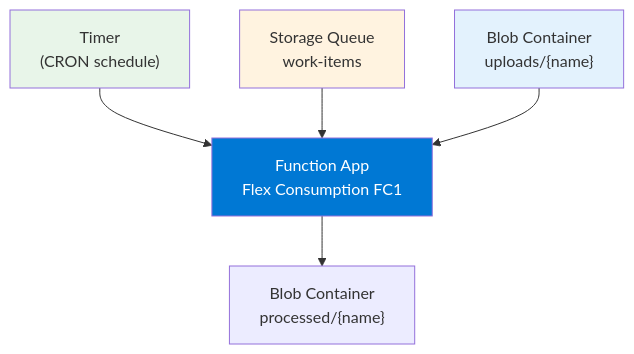
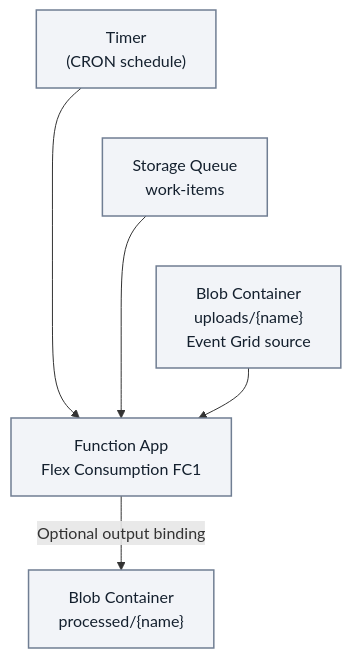
Before and after one commit to yeongseon/azure-functions-practical-guide: the first of 2 diagrams in docs/language-guides/nodejs/tutorial/flex-consumption/07-extending-triggers.md, drawn with Mermaid. The commit also changed other lines of this file and 4 other files, not shown here.

First line of the commit message:
docs(diagrams): improve Node.js extending-trigger tutorial maps (#513)

````diff
--- a/docs/language-guides/nodejs/tutorial/flex-consumption/07-extending-triggers.md
+++ b/docs/language-guides/nodejs/tutorial/flex-consumption/07-extending-triggers.md
@@ -63,12 +65,14 @@
 ```mermaid
 flowchart TD
-    TIMER["Timer\n(CRON schedule)"] --> FA[Function App\nFlex Consumption FC1]
-    QUEUE["Storage Queue\nwork-items"] --> FA
-    BLOB["Blob Container\nuploads/{name}"] --> FA
-    FA --> PROCESSED["Blob Container\nprocessed/{name}"]
+    accTitle: Node.js Flex Consumption trigger overview
+    accDescr: Conceptual timer, work-items queue and uploads blob paths to a Node.js v4 Function App on Flex Consumption FC1. Flex Blob triggers require the Event Grid source and an event subscription; the sample below omits this setup. The processed blob path is an optional output binding, not implemented by that logging-only sample; source arrows are trigger associations, not network initiators or HTTP ingress.
+    TIMER["Timer<br/>(CRON schedule)"] --> FA["Function App<br/>Flex Consumption FC1"]
+    QUEUE["Storage Queue<br/>work-items"] --> FA
+    BLOB["Blob Container<br/>uploads/{name}<br/>Event Grid source"] --> FA
+    FA -->|Optional output binding| PROCESSED["Blob Container<br/>processed/{name}"]
+    %% Layout-only links tier independent sources; no execution steps or arrows added.
+    TIMER ~~~ QUEUE
+    QUEUE ~~~ BLOB
 
-    style FA fill:#0078d4,color:#fff
-    style TIMER fill:#E8F5E9
-    style QUEUE fill:#FFF3E0
-    style BLOB fill:#E3F2FD
+    classDef default fill:#f2f4f8,stroke:#707e93,stroke-width:1.5px,color:#14202e;
 ```
````
